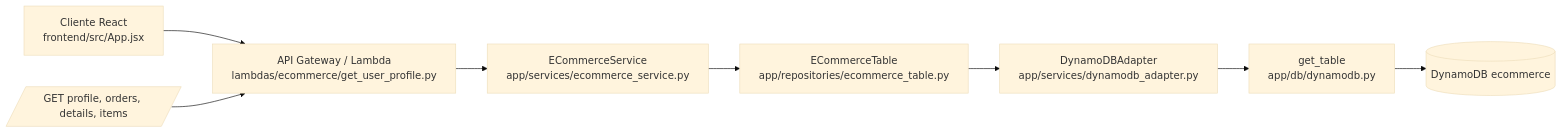
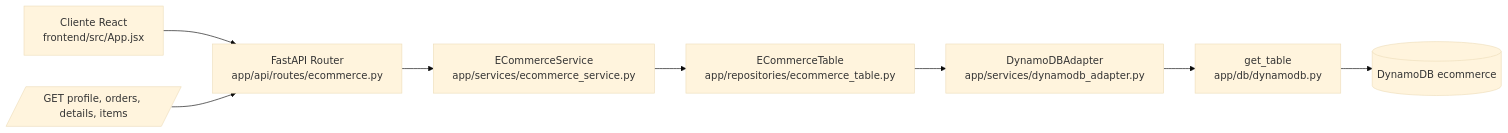
The diagram in README_FLUJO.md (IsAndresL/E-Commerce-NoSQL), drawn with Mermaid (base theme) before and after one commit. The commit also changed other lines of this file and 39 other files, not shown here.

````diff
--- a/README_FLUJO.md
+++ b/README_FLUJO.md
@@ -79,11 +80,11 @@
 ```mermaid
 flowchart LR
-    A[Cliente React\nfrontend/src/App.jsx] --> B[API Gateway / Lambda\nlambdas/ecommerce/get_user_profile.py]
+    A[Cliente React\nfrontend/src/App.jsx] --> B[FastAPI Router\napp/api/routes/ecommerce.py]
     B --> C[ECommerceService\napp/services/ecommerce_service.py]
     C --> E[ECommerceTable\napp/repositories/ecommerce_table.py]
     E --> F[DynamoDBAdapter\napp/services/dynamodb_adapter.py]
     F --> G[get_table\napp/db/dynamodb.py]
     G --> H[(DynamoDB ecommerce)]
 
     I[/GET profile, orders, details, items/] --> B
 ```
````
